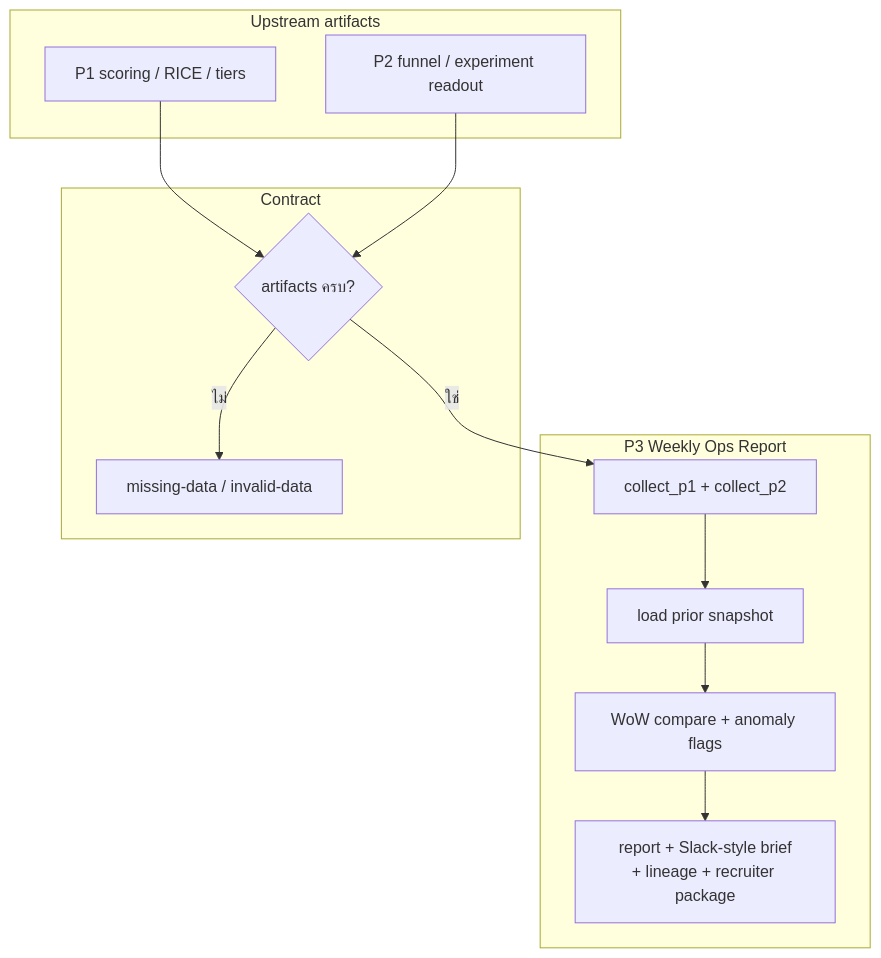
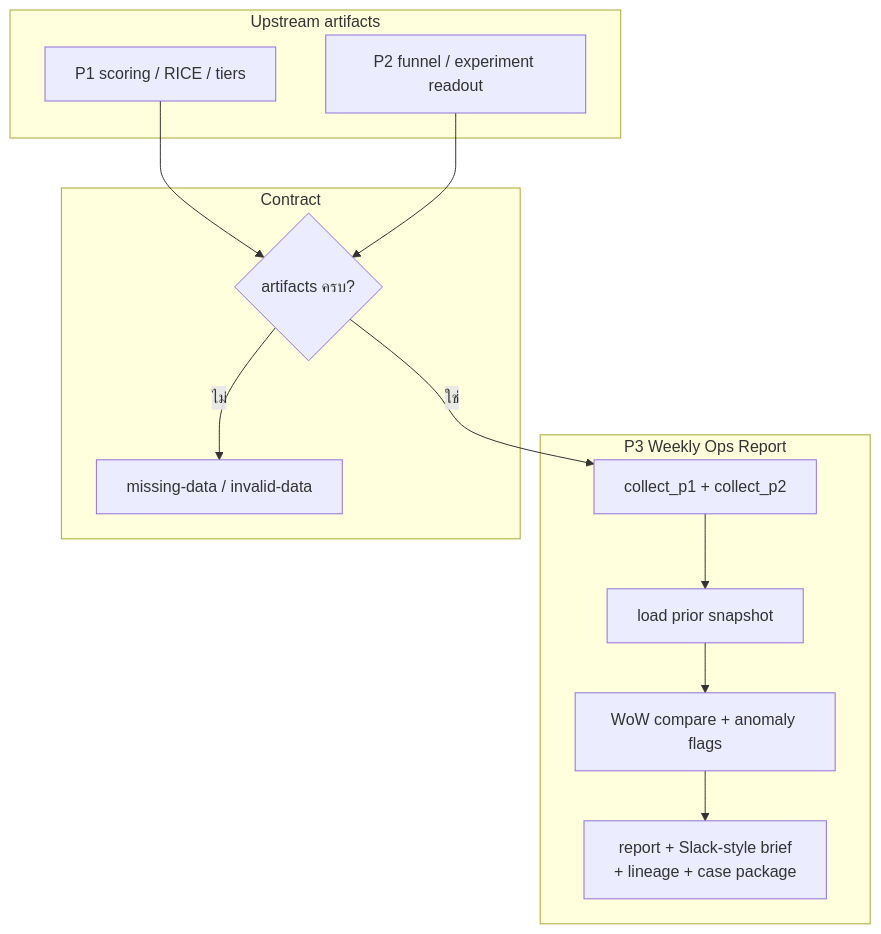
Before and after one commit to Chotchuang/chotchuang-portfolio: the diagram in public/work/weekly-ops-kit/source/weekly-report-binder.mmd, drawn with Mermaid. The commit also changed 27 other files, not shown here.

```diff
--- a/public/work/weekly-ops-kit/source/weekly-report-binder.mmd
+++ b/public/work/weekly-ops-kit/source/weekly-report-binder.mmd
@@ -1,25 +1,25 @@
 %% Weekly report binder
 %% Caption: P3 clips verified P1+P2 sheets; does not invent facts.
 %% Truth: derived weekly demo from upstream artifacts
 flowchart TB
   subgraph UP["Upstream artifacts"]
     A1[P1 scoring / RICE / tiers]
     A2[P2 funnel / experiment readout]
   end
 
   subgraph P3["P3 Weekly Ops Report"]
     C1[collect_p1 + collect_p2]
     C2[load prior snapshot]
     C3[WoW compare + anomaly flags]
-    C4[report + Slack-style brief<br/>+ lineage + recruiter package]
+    C4[report + Slack-style brief<br/>+ lineage + case package]
   end
 
   subgraph GATE["Contract"]
     G1{artifacts ครบ?}
     G2[missing-data / invalid-data]
   end
 
   A1 --> G1
   A2 --> G1
   G1 -->|ไม่| G2
   G1 -->|ใช่| C1 --> C2 --> C3 --> C4
```
